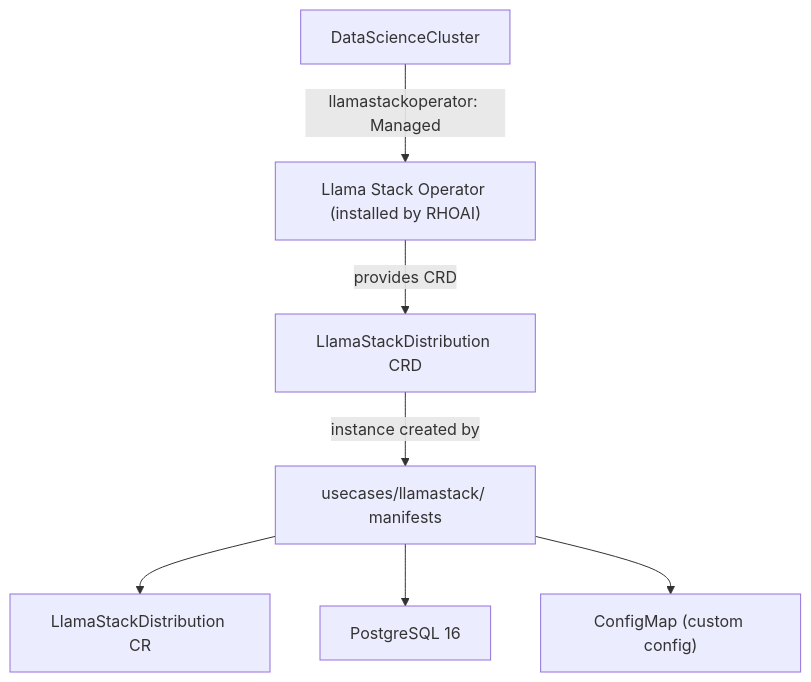
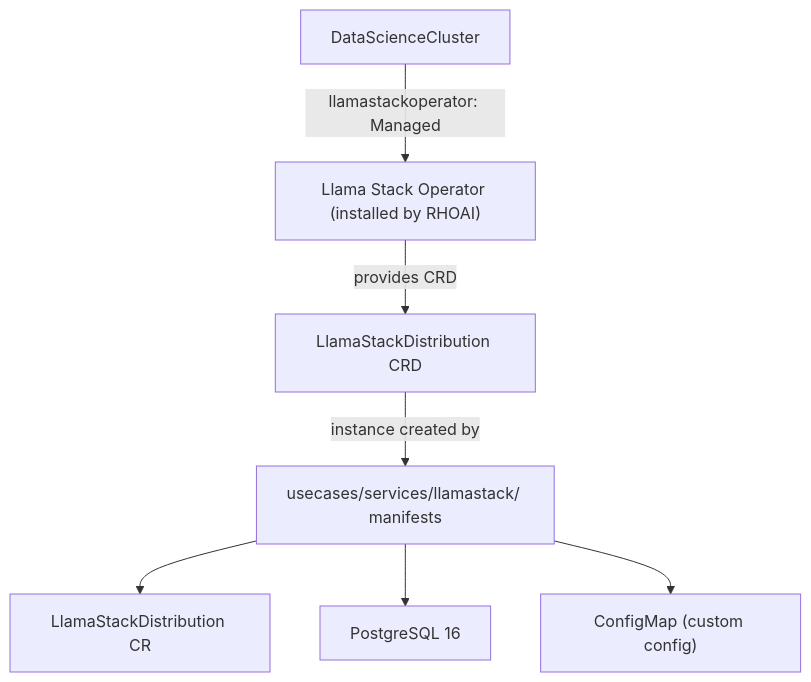
The first of 2 diagrams in docs/usecases/llamastack.md (rrbanda/rhoai-deploy-gitops), drawn with Mermaid before and after one commit. The commit also changed other lines of this file and 28 other files, not shown here.

````diff
--- a/docs/usecases/llamastack.md
+++ b/docs/usecases/llamastack.md
@@ -7,9 +7,9 @@
 ```mermaid
 graph TD
   DSC["DataScienceCluster"] -->|"llamastackoperator: Managed"| LSO["Llama Stack Operator (installed by RHOAI)"]
   LSO -->|"provides CRD"| CRD["LlamaStackDistribution CRD"]
-  CRD -->|"instance created by"| UC["usecases/llamastack/ manifests"]
+  CRD -->|"instance created by"| UC["usecases/services/llamastack/ manifests"]
   UC --> LSD["LlamaStackDistribution CR"]
   UC --> PG["PostgreSQL 16"]
   UC --> CM["ConfigMap (custom config)"]
 ```
````
